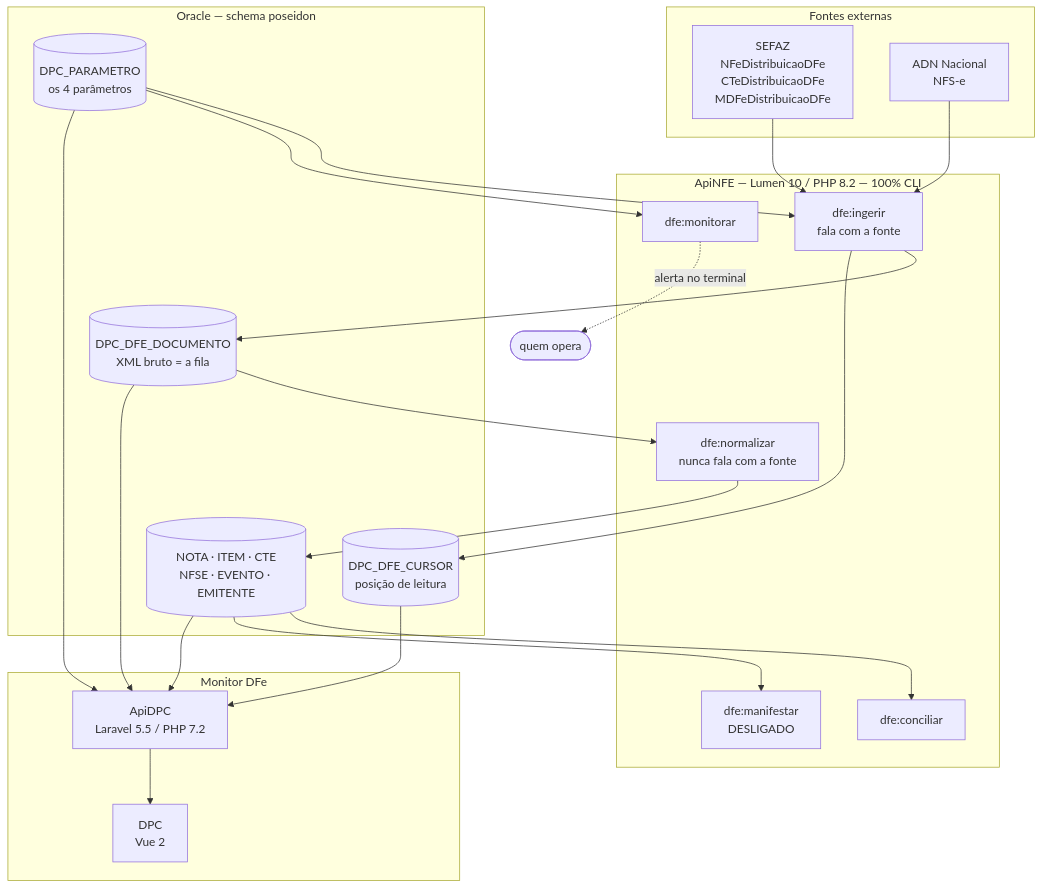
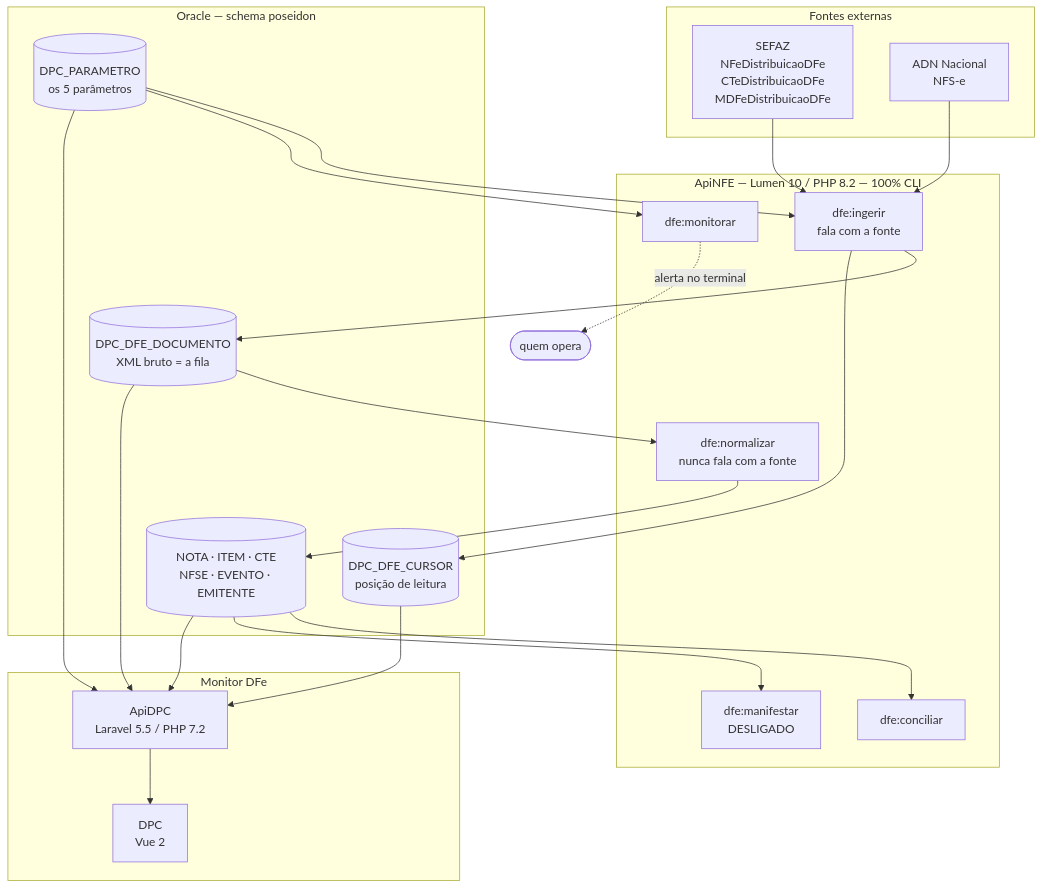
The diagram in docs/nfe_dfe/docs/readme.md (jbmchd/dpc-claude-folder), drawn with Mermaid before and after one commit. The commit also changed other lines of this file and 33 other files, not shown here.

````diff
--- a/docs/nfe_dfe/docs/readme.md
+++ b/docs/nfe_dfe/docs/readme.md
@@ -54,36 +54,36 @@
 ```mermaid
 flowchart TD
     subgraph EXT["Fontes externas"]
         SEF["SEFAZ<br/>NFeDistribuicaoDFe<br/>CTeDistribuicaoDFe<br/>MDFeDistribuicaoDFe"]
         ADN["ADN Nacional<br/>NFS-e"]
     end
 
     subgraph API["ApiNFE — Lumen 10 / PHP 8.2 — 100% CLI"]
         ING["dfe:ingerir<br/>fala com a fonte"]
         NOR["dfe:normalizar<br/>nunca fala com a fonte"]
         CON["dfe:conciliar"]
         MAN["dfe:manifestar<br/>DESLIGADO"]
         MON["dfe:monitorar"]
     end
 
     subgraph OR["Oracle — schema poseidon"]
         CUR[("DPC_DFE_CURSOR<br/>posição de leitura")]
         DOC[("DPC_DFE_DOCUMENTO<br/>XML bruto = a fila")]
         NRM[("NOTA · ITEM · CTE<br/>NFSE · EVENTO · EMITENTE")]
-        PAR[("DPC_PARAMETRO<br/>os 4 parâmetros")]
+        PAR[("DPC_PARAMETRO<br/>os 5 parâmetros")]
     end
 
     subgraph TELA["Monitor DFe"]
         DPCAPI["ApiDPC<br/>Laravel 5.5 / PHP 7.2"]
         DPCUI["DPC<br/>Vue 2"]
     end
 
     SEF & ADN --> ING
     ING --> DOC & CUR
     DOC --> NOR --> NRM
     NRM --> CON & MAN
     PAR --> ING & MON
     PAR --> DPCAPI
     NRM & DOC & CUR --> DPCAPI --> DPCUI
     MON -.->|"alerta no terminal"| OPS(["quem opera"])
 ```
````
